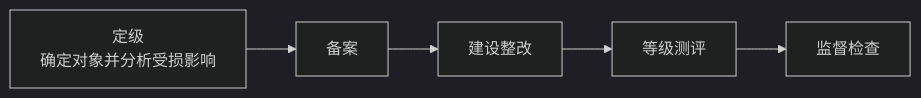
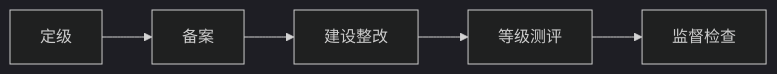
Before and after one commit to 74262195/system-architect-notes: the diagram in 01_综合知识/03_信息安全技术/05_安全架构治理与可信/等级保护2.0.md, drawn with Mermaid (dark theme). The commit also changed other lines of this file, not shown here.

````diff
--- a/01_综合知识/03_信息安全技术/05_安全架构治理与可信/等级保护2.0.md
+++ b/01_综合知识/03_信息安全技术/05_安全架构治理与可信/等级保护2.0.md
@@ -33,7 +51,7 @@
 ```mermaid
 flowchart LR
-    A[定级<br/>确定对象并分析受损影响] --> B[备案]
+    A[定级] --> B[备案]
     B --> C[建设整改]
     C --> D[等级测评]
     D --> E[监督检查]
 ```
````
